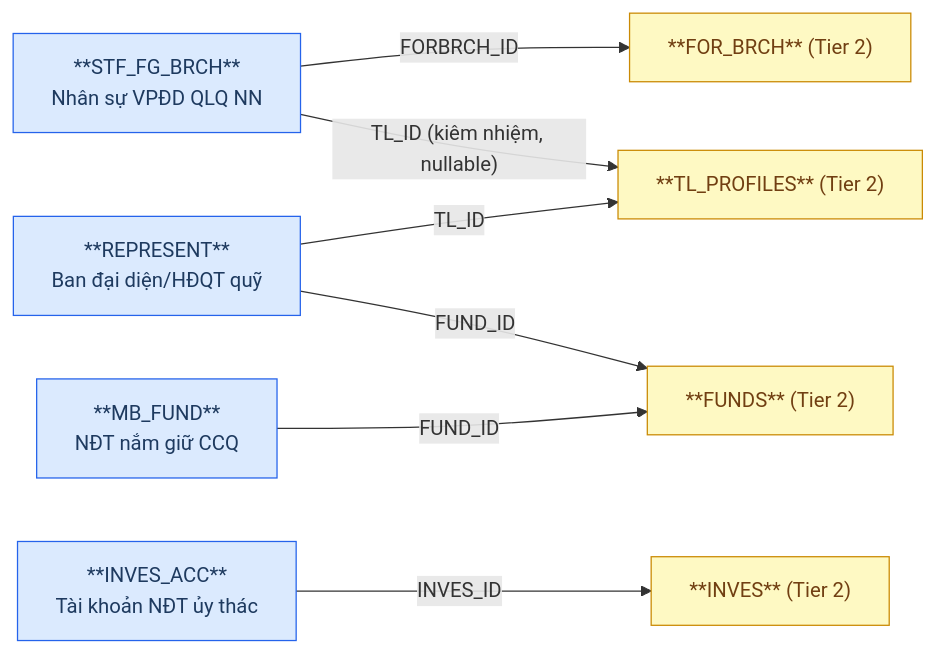
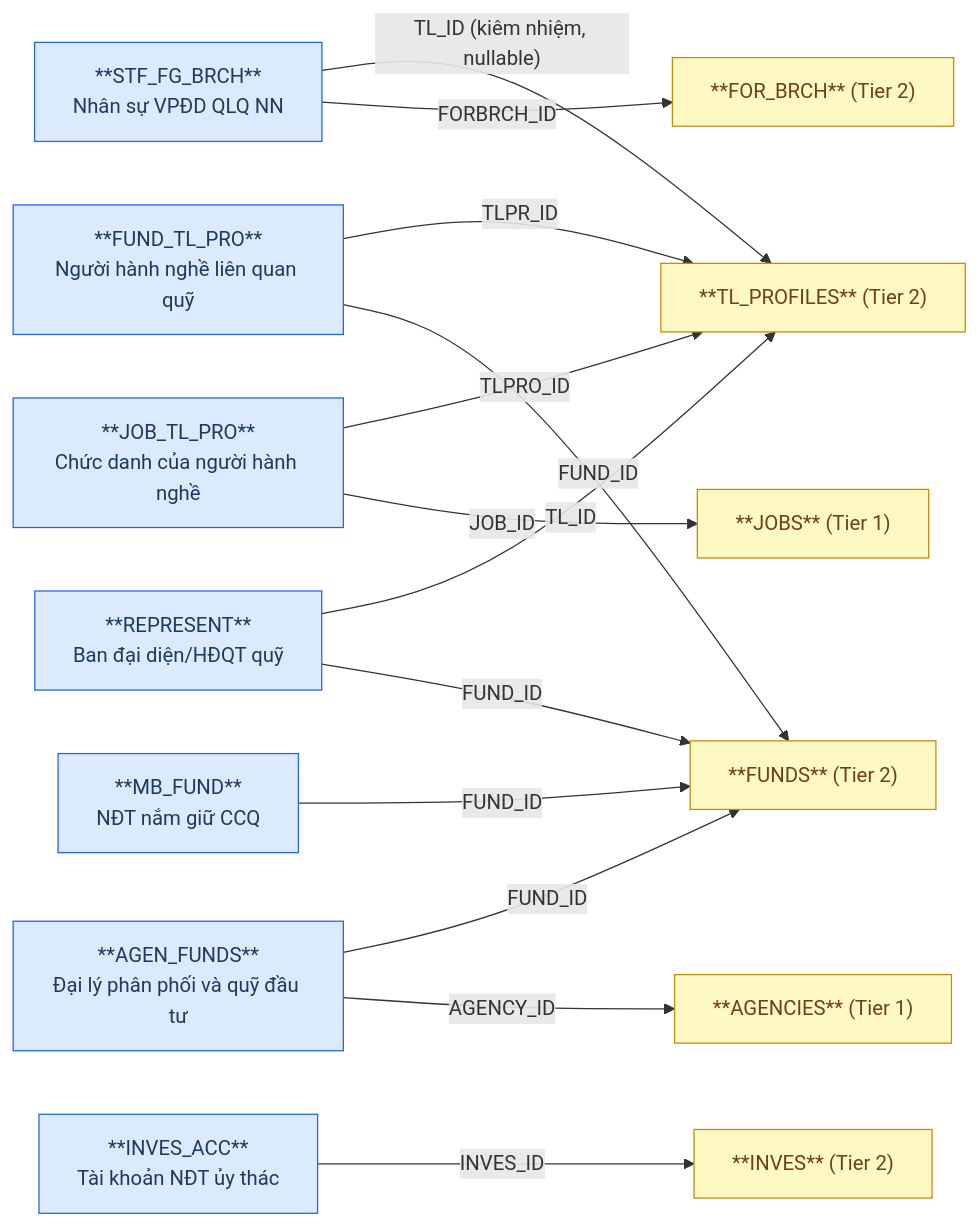
Before and after one commit to linhlvit/ubck_atomic_design: the first of 2 diagrams in DataModel/working/Atomic/hld/FMS_HLD_Tier3.md, drawn with Mermaid. The commit also changed other lines of this file and 98 other files, not shown here.

````diff
--- a/DataModel/working/Atomic/hld/FMS_HLD_Tier3.md
+++ b/DataModel/working/Atomic/hld/FMS_HLD_Tier3.md
@@ -23,22 +26,33 @@
 ```mermaid
 graph LR
     classDef src fill:#dbeafe,stroke:#2563eb,color:#1e3a5f
     classDef outscope fill:#fef9c3,stroke:#ca8a04,color:#713f12
 
     STF_FG_BRCH["**STF_FG_BRCH**\nNhân sự VPĐD QLQ NN"]:::src
     REPRESENT["**REPRESENT**\nBan đại diện/HĐQT quỹ"]:::src
     MB_FUND["**MB_FUND**\nNĐT nắm giữ CCQ"]:::src
     INVES_ACC["**INVES_ACC**\nTài khoản NĐT ủy thác"]:::src
+    JOB_TL_PRO["**JOB_TL_PRO**\nChức danh của người hành nghề"]:::src
+    FUND_TL_PRO["**FUND_TL_PRO**\nNgười hành nghề liên quan quỹ"]:::src
+    AGEN_FUNDS["**AGEN_FUNDS**\nĐại lý phân phối và quỹ đầu tư"]:::src
 
     FOR_BRCH["**FOR_BRCH** (Tier 2)"]:::outscope
     TL_PROFILES["**TL_PROFILES** (Tier 2)"]:::outscope
     FUNDS["**FUNDS** (Tier 2)"]:::outscope
     INVES["**INVES** (Tier 2)"]:::outscope
+    JOBS["**JOBS** (Tier 1)"]:::outscope
+    AGENCIES["**AGENCIES** (Tier 1)"]:::outscope
 
     STF_FG_BRCH -->|"FORBRCH_ID"| FOR_BRCH
     STF_FG_BRCH -->|"TL_ID (kiêm nhiệm, nullable)"| TL_PROFILES
     REPRESENT -->|"FUND_ID"| FUNDS
     REPRESENT -->|"TL_ID"| TL_PROFILES
     MB_FUND -->|"FUND_ID"| FUNDS
     INVES_ACC -->|"INVES_ID"| INVES
+    JOB_TL_PRO -->|"JOB_ID"| JOBS
+    JOB_TL_PRO -->|"TLPRO_ID"| TL_PROFILES
+    FUND_TL_PRO -->|"FUND_ID"| FUNDS
+    FUND_TL_PRO -->|"TLPR_ID"| TL_PROFILES
+    AGEN_FUNDS -->|"AGENCY_ID"| AGENCIES
+    AGEN_FUNDS -->|"FUND_ID"| FUNDS
 ```
````
